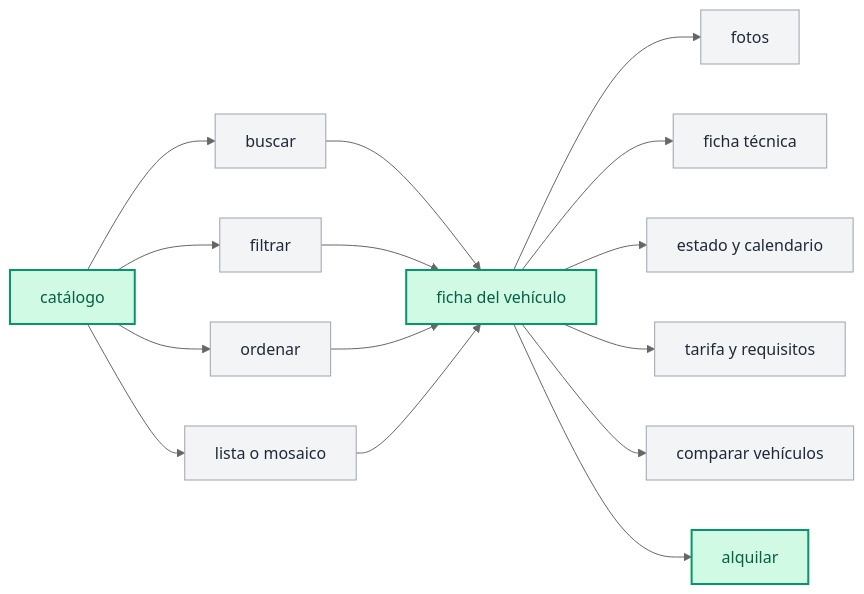
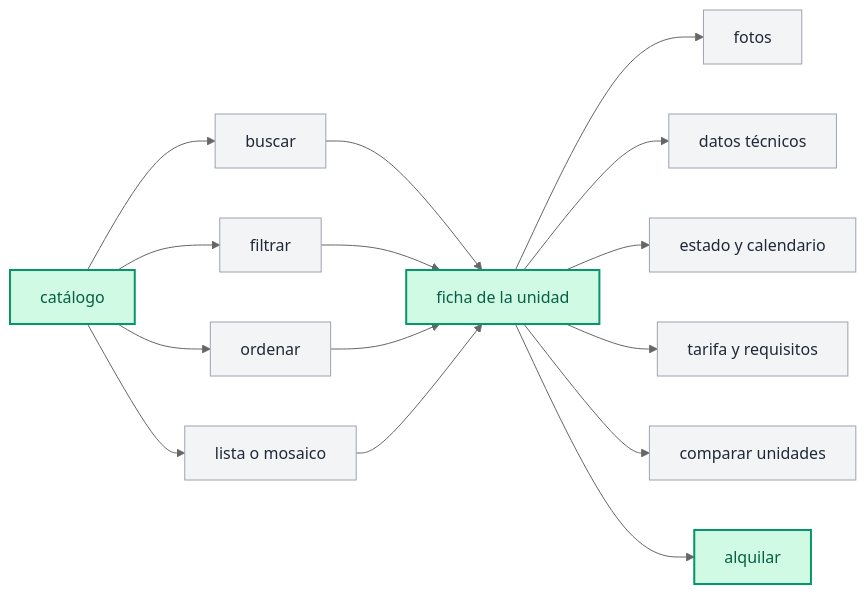
One commit to SantiagoPrada2005/flotax changed the seventh of 16 diagrams in docs/user-flows.md. Above: the diagram before and after it, drawn with Mermaid (neutral theme). The commit also changed other lines of this file and 72 other files, not shown here.

````diff
--- a/docs/user-flows.md
+++ b/docs/user-flows.md
@@ -72,22 +286,22 @@
 ```mermaid
 graph LR
     classDef mainScreen fill:#d1fae5,stroke:#059669,stroke-width:2px,color:#065f46;
     classDef subScreen fill:#f3f4f6,stroke:#9ca3af,stroke-width:1px,color:#1f2937;
 
     catalogo["catálogo"]:::mainScreen --> f_buscar["buscar"]:::subScreen
     catalogo --> f_filtrar["filtrar"]:::subScreen
     catalogo --> f_ordenar["ordenar"]:::subScreen
     catalogo --> f_vista["lista o mosaico"]:::subScreen
 
-    f_buscar --> ficha["ficha del vehículo"]:::mainScreen
+    f_buscar --> ficha["ficha de la unidad"]:::mainScreen
     f_filtrar --> ficha
     f_ordenar --> ficha
     f_vista --> ficha
 
     ficha --> vf_fotos["fotos"]:::subScreen
-    ficha --> vf_tecnica["ficha técnica"]:::subScreen
+    ficha --> vf_tecnica["datos técnicos"]:::subScreen
     ficha --> vf_cal["estado y calendario"]:::subScreen
     ficha --> vf_tarifa["tarifa y requisitos"]:::subScreen
-    ficha --> vf_comparar["comparar vehículos"]:::subScreen
+    ficha --> vf_comparar["comparar unidades"]:::subScreen
     ficha --> alq_cta["alquilar"]:::mainScreen
 ```
````
